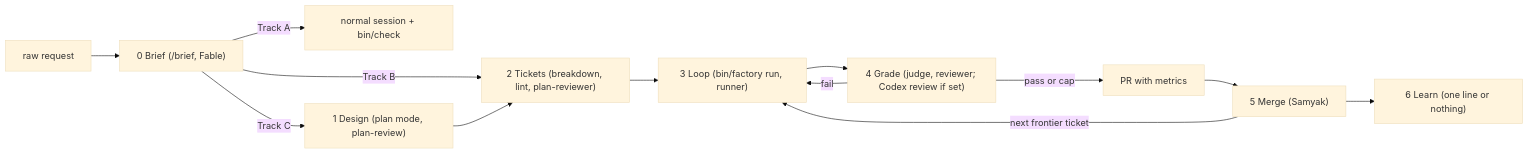
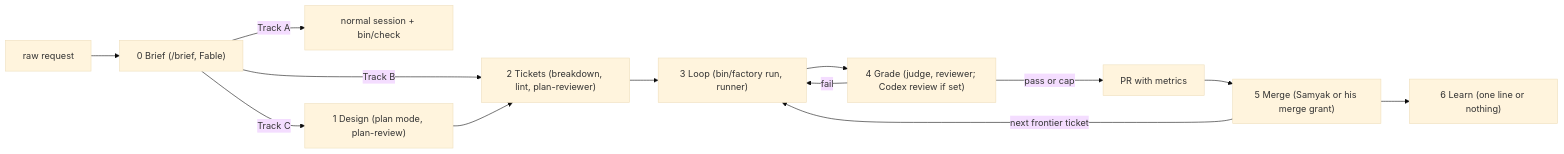
Before and after one commit to SamyakJhaveri/loam: the diagram in docs/factory/ARCHITECTURE.md, drawn with Mermaid (base theme). The commit also changed other lines of this file and 3 other files, not shown here.

Commit message:
docs: research INDEX, ARCHITECTURE, ASSET-LAYERS and LOOP agree with the code and the merge grant (2 Nov)

````diff
--- a/docs/factory/ARCHITECTURE.md
+++ b/docs/factory/ARCHITECTURE.md
@@ -21,15 +21,15 @@
 ```mermaid
 flowchart LR
   R[raw request] --> B["0 Brief (/brief, Fable)"]
   B -->|Track A| S[normal session + bin/check]
   B -->|Track B| T2
   B -->|Track C| D["1 Design (plan mode, plan-review)"]
   D --> T2["2 Tickets (breakdown, lint, plan-reviewer)"]
   T2 --> L["3 Loop (bin/factory run, runner)"]
   L --> G["4 Grade (judge, reviewer; Codex review if set)"]
   G -->|fail| L
   G -->|pass or cap| PR[PR with metrics]
-  PR --> M["5 Merge (Samyak)"]
+  PR --> M["5 Merge (Samyak or his merge grant)"]
   M --> LE["6 Learn (one line or nothing)"]
   M -->|next frontier ticket| L
 ```
````
